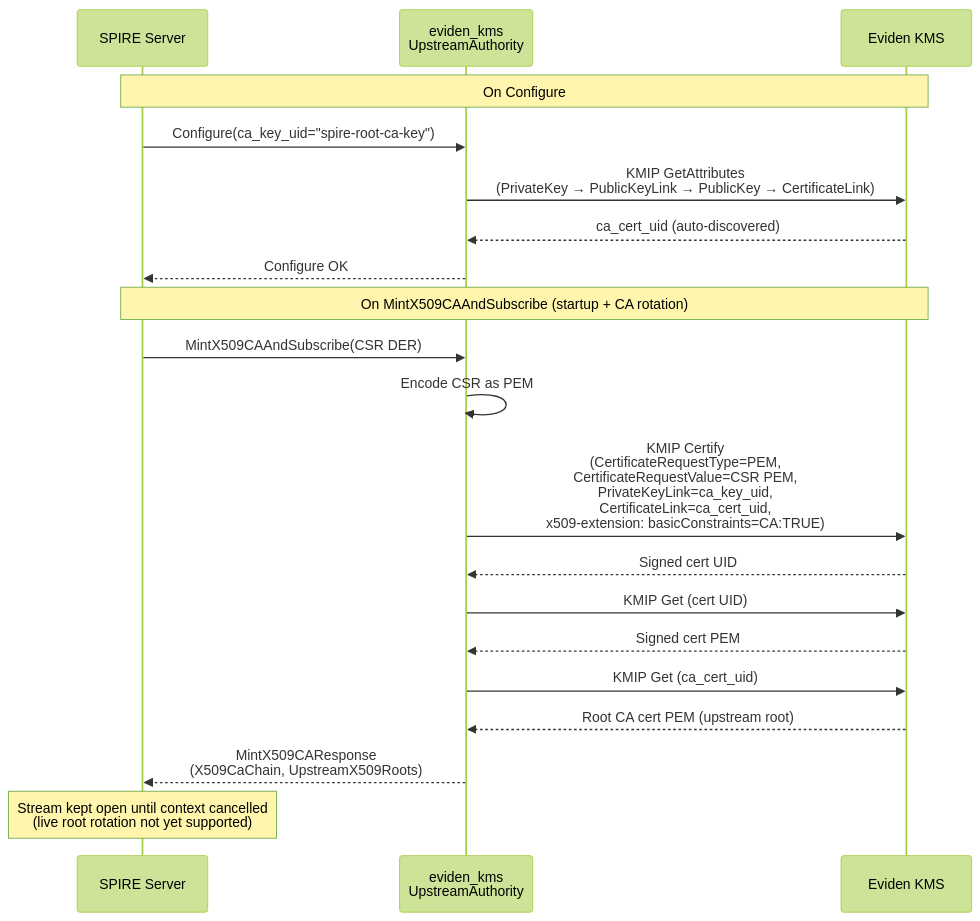
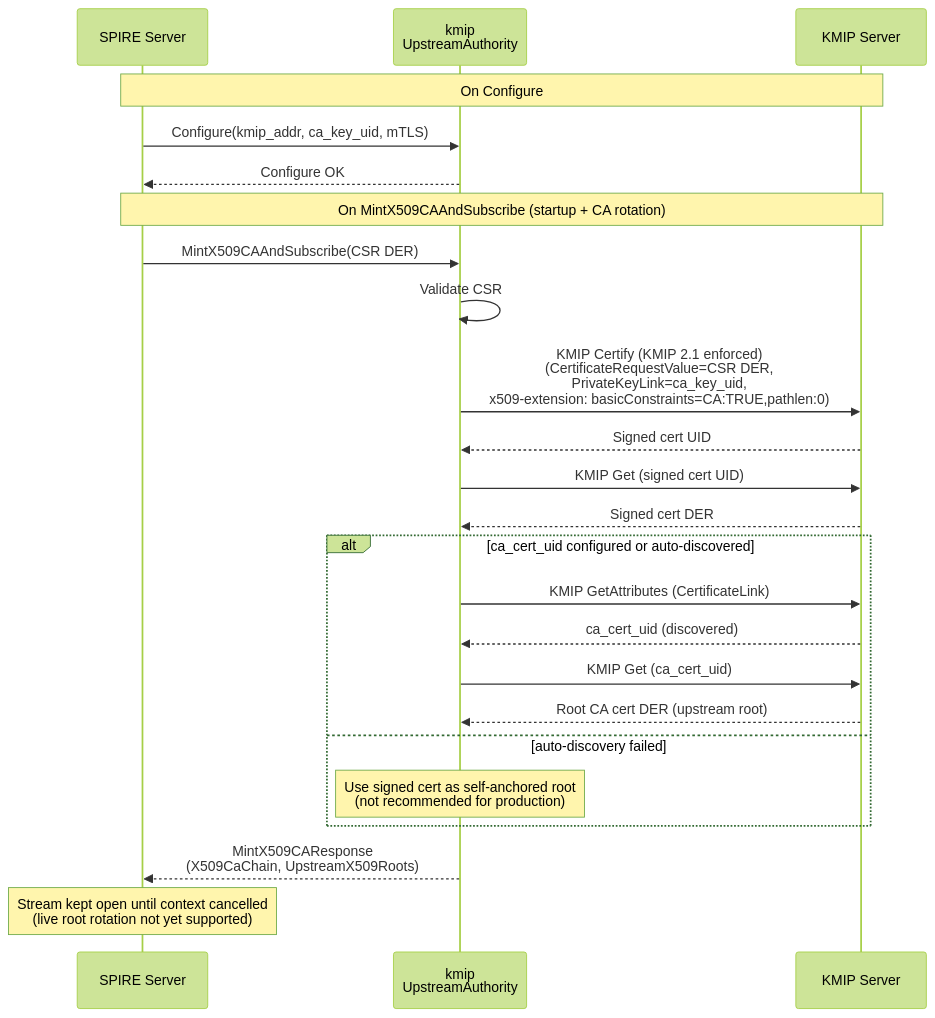
The fourth of 5 diagrams in documentation/docs/integrations/spire_spiffe_kmip_plugin.md (Cosmian/kms), drawn with Mermaid (forest theme) before and after one commit. The commit also changed other lines of this file and 2 other files, not shown here.

First line of the commit message:
test(spire): add e2e test for kmip plugins over binary KMIP TCP/TLS

````diff
--- a/documentation/docs/integrations/spire_spiffe_kmip_plugin.md
+++ b/documentation/docs/integrations/spire_spiffe_kmip_plugin.md
@@ -369,24 +410,30 @@
 ```mermaid
 sequenceDiagram
     participant S as SPIRE Server
-    participant UA as eviden_kms<br/>UpstreamAuthority
-    participant KMS as Eviden KMS
+    participant UA as kmip<br/>UpstreamAuthority
+    participant KMS as KMIP Server
 
     Note over S,KMS: On Configure
-    S->>UA: Configure(ca_key_uid="spire-root-ca-key")
-    UA->>KMS: KMIP GetAttributes<br/>(PrivateKey → PublicKeyLink → PublicKey → CertificateLink)
-    KMS-->>UA: ca_cert_uid (auto-discovered)
+    S->>UA: Configure(kmip_addr, ca_key_uid, mTLS)
     UA-->>S: Configure OK
 
     Note over S,KMS: On MintX509CAAndSubscribe (startup + CA rotation)
     S->>UA: MintX509CAAndSubscribe(CSR DER)
-    UA->>UA: Encode CSR as PEM
-    UA->>KMS: KMIP Certify<br/>(CertificateRequestType=PEM,<br/>CertificateRequestValue=CSR PEM,<br/>PrivateKeyLink=ca_key_uid,<br/>CertificateLink=ca_cert_uid,<br/>x509-extension: basicConstraints=CA:TRUE)
+    UA->>UA: Validate CSR
+    UA->>KMS: KMIP Certify (KMIP 2.1 enforced)<br/>(CertificateRequestValue=CSR DER,<br/>PrivateKeyLink=ca_key_uid,<br/>x509-extension: basicConstraints=CA:TRUE,pathlen:0)
     KMS-->>UA: Signed cert UID
-    UA->>KMS: KMIP Get (cert UID)
-    KMS-->>UA: Signed cert PEM
-    UA->>KMS: KMIP Get (ca_cert_uid)
-    KMS-->>UA: Root CA cert PEM (upstream root)
+    UA->>KMS: KMIP Get (signed cert UID)
+    KMS-->>UA: Signed cert DER
+
+    alt ca_cert_uid configured or auto-discovered
+        UA->>KMS: KMIP GetAttributes (CertificateLink)
+        KMS-->>UA: ca_cert_uid (discovered)
+        UA->>KMS: KMIP Get (ca_cert_uid)
+        KMS-->>UA: Root CA cert DER (upstream root)
+    else auto-discovery failed
+        Note over UA: Use signed cert as self-anchored root<br/>(not recommended for production)
+    end
+
     UA-->>S: MintX509CAResponse<br/>(X509CaChain, UpstreamX509Roots)
     Note over S: Stream kept open until context cancelled<br/>(live root rotation not yet supported)
 ```
````
